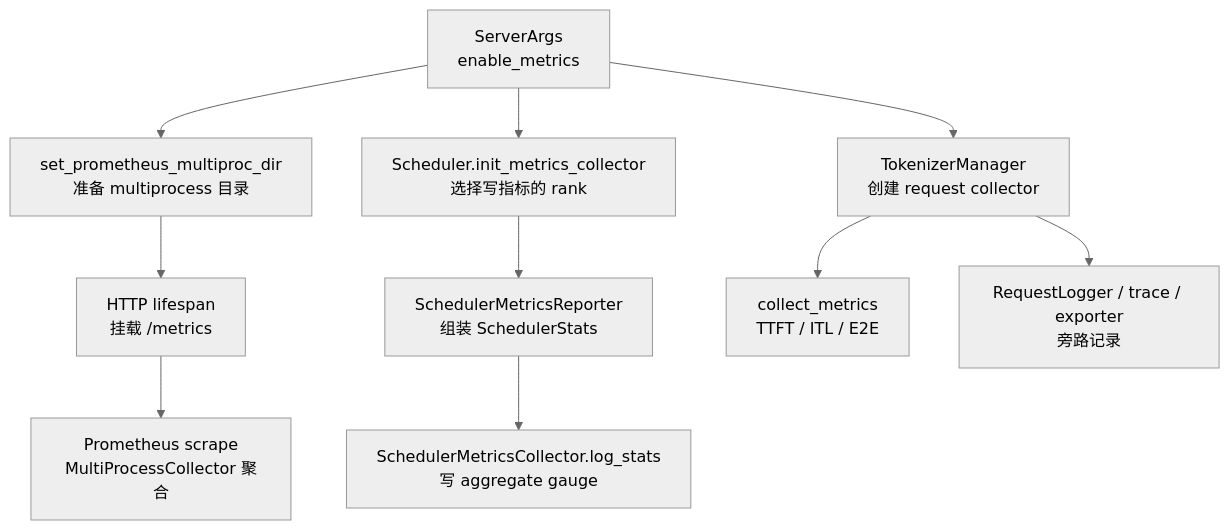
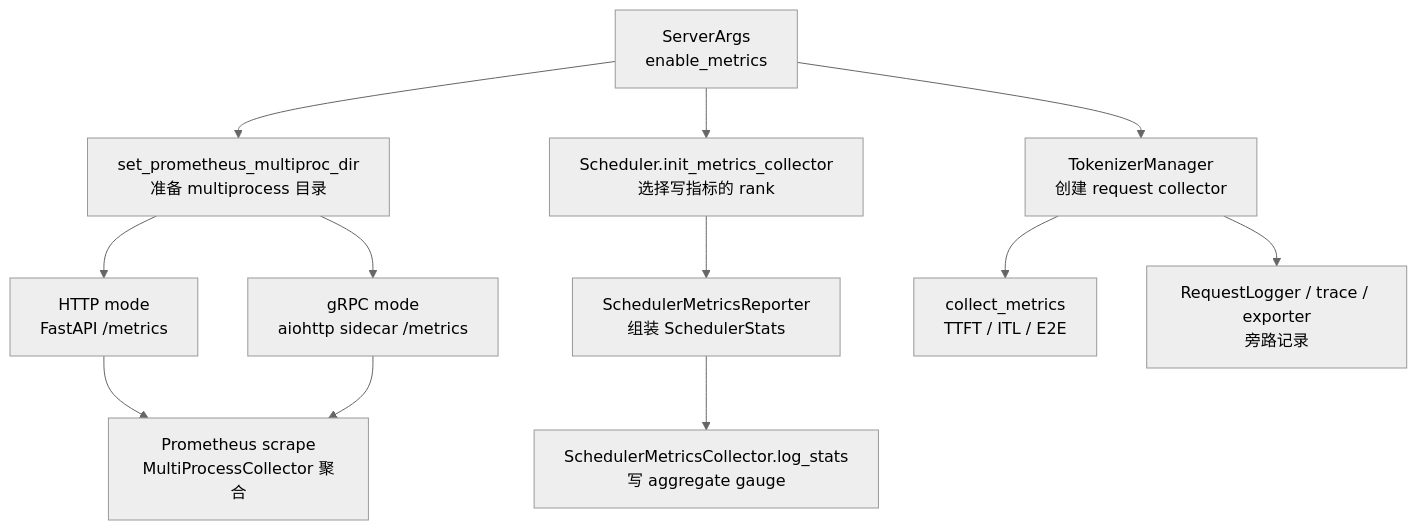
One commit to OnlyHero5/sglang-reading-vault changed the diagram in sglang_reading/高级特性/可观测性/SGLang-可观测性-源码走读.md. Above: the diagram before and after it, drawn with Mermaid (neutral theme). The commit also changed other lines of this file and 512 other files, not shown here.

````diff
--- a/sglang_reading/高级特性/可观测性/SGLang-可观测性-源码走读.md
+++ b/sglang_reading/高级特性/可观测性/SGLang-可观测性-源码走读.md
@@ -53,12 +53,14 @@
 ```mermaid
 flowchart TB
   A["ServerArgs<br/>enable_metrics"] --> B["set_prometheus_multiproc_dir<br/>准备 multiprocess 目录"]
-  B --> C["HTTP lifespan<br/>挂载 /metrics"]
-  C --> D["Prometheus scrape<br/>MultiProcessCollector 聚合"]
+  B --> C1["HTTP mode<br/>FastAPI /metrics"]
+  B --> C2["gRPC mode<br/>aiohttp sidecar /metrics"]
+  C1 --> D["Prometheus scrape<br/>MultiProcessCollector 聚合"]
+  C2 --> D
   A --> E["Scheduler.init_metrics_collector<br/>选择写指标的 rank"]
   E --> F["SchedulerMetricsReporter<br/>组装 SchedulerStats"]
   F --> G["SchedulerMetricsCollector.log_stats<br/>写 aggregate gauge"]
   A --> H["TokenizerManager<br/>创建 request collector"]
   H --> I["collect_metrics<br/>TTFT / ITL / E2E"]
   H --> J["RequestLogger / trace / exporter<br/>旁路记录"]
 ```
````
